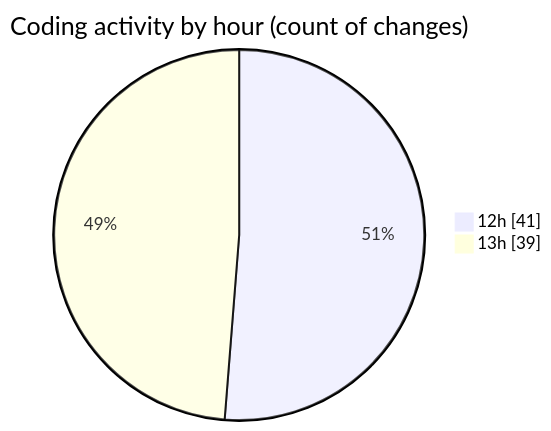
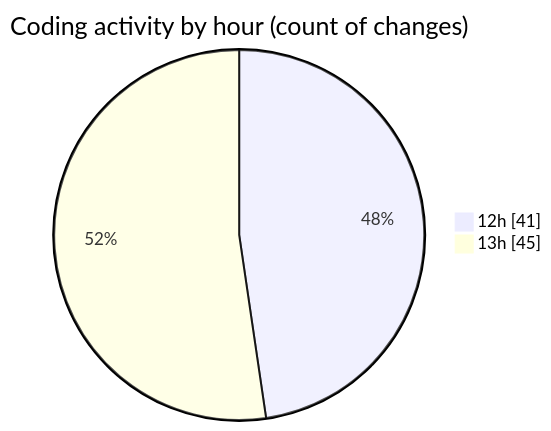
One commit to momahboobian/code-tracking changed the second of 2 diagrams in 2025-12-02/cda/README.md. Above: the diagram before and after it, drawn with Mermaid. The commit also changed other lines of this file and 1 other file, not shown here.

````diff
--- a/2025-12-02/cda/README.md
+++ b/2025-12-02/cda/README.md
@@ -35,6 +36,6 @@
 ```mermaid
 pie showData
 title Coding activity by hour (count of changes)
 "12h" : 41
-"13h" : 39
+"13h" : 45
 ```
````
